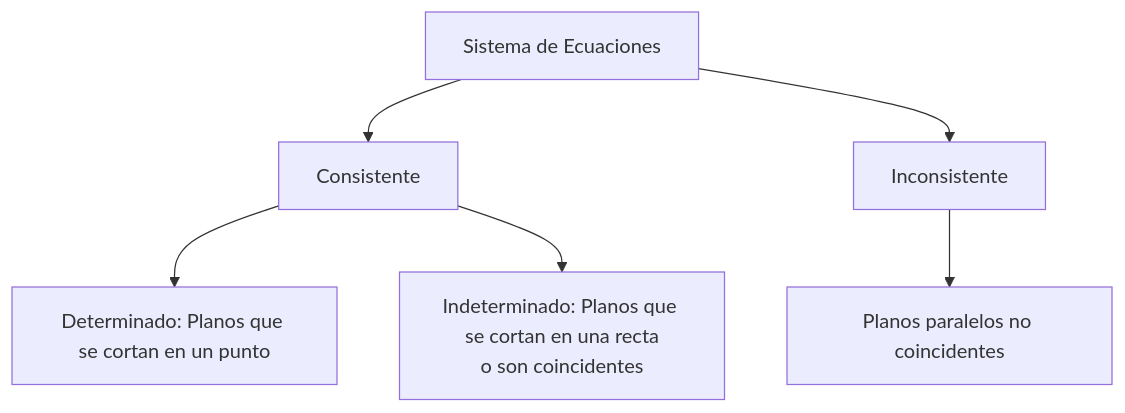
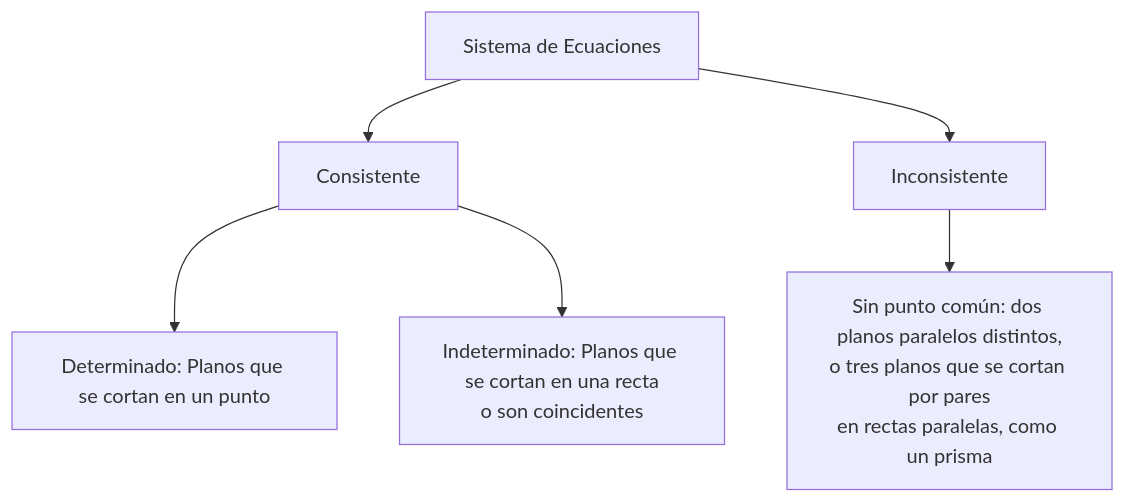
The first of 2 diagrams in public/documents/semester-3/1/3123.md (djaimej/computer-science-template), drawn with Mermaid before and after one commit. The commit also changed other lines of this file and 34 other files, not shown here.

````diff
--- a/public/documents/semester-3/1/3123.md
+++ b/public/documents/semester-3/1/3123.md
@@ -42,8 +42,8 @@
 ```mermaid
 graph TD
     A[Sistema de Ecuaciones] --> B[Consistente]
     A --> C[Inconsistente]
     B --> D[Determinado: Planos que se cortan en un punto]
     B --> E[Indeterminado: Planos que se cortan en una recta<br/>o son coincidentes]
-    C --> F[Planos paralelos no coincidentes]
+    C --> F[Sin punto común: dos planos paralelos distintos,<br/>o tres planos que se cortan por pares<br/>en rectas paralelas, como un prisma]
 ```
````
